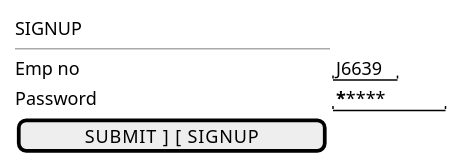
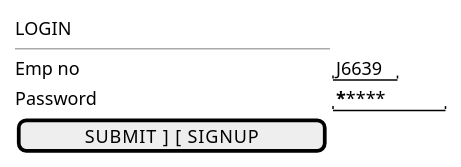
Before and after one commit to Suraphop/sample-nodejs-master-folder-structure: the diagram in diagram/wireframe/login.iuml, drawn with PlantUML.

```diff
--- a/diagram/wireframe/login.iuml
+++ b/diagram/wireframe/login.iuml
@@ -1,9 +1,9 @@
 @startsalt
 {
-SIGNUP
+LOGIN
 ---
   Emp no    | "J6639"
   Password | "*********"
   [  SUBMIT   ] [  SIGNUP   ]
 }
 @endsalt
```
